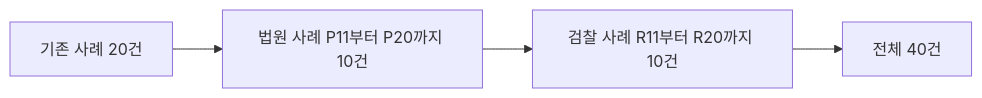
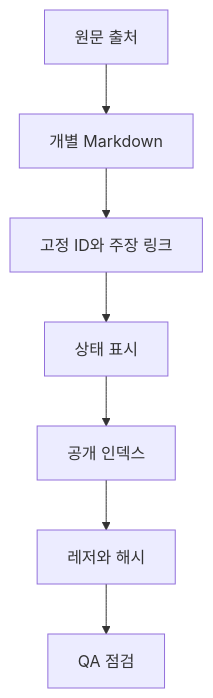
One commit to leetae9yu/haksulsomoim changed the first of 4 diagrams in docs/LLM_Wiki_사례확장_및_에이전트_활용_쉬운설명.md. Above: the diagram before and after it, drawn with Mermaid. The commit also changed other lines of this file, not shown here.

````diff
--- a/docs/LLM_Wiki_사례확장_및_에이전트_활용_쉬운설명.md
+++ b/docs/LLM_Wiki_사례확장_및_에이전트_활용_쉬운설명.md
@@ -14,6 +95,9 @@
 ```mermaid
-flowchart LR
-    A[기존 사례 20건] --> B[법원 사례 P11부터 P20까지 10건]
-    B --> C[검찰 사례 R11부터 R20까지 10건]
-    C --> D[전체 40건]
+flowchart TD
+    A[원문 출처] --> B[개별 Markdown]
+    B --> C[고정 ID와 주장 링크]
+    C --> D[상태 표시]
+    D --> E[공개 인덱스]
+    E --> F[레저와 해시]
+    F --> G[QA 점검]
 ```
````
